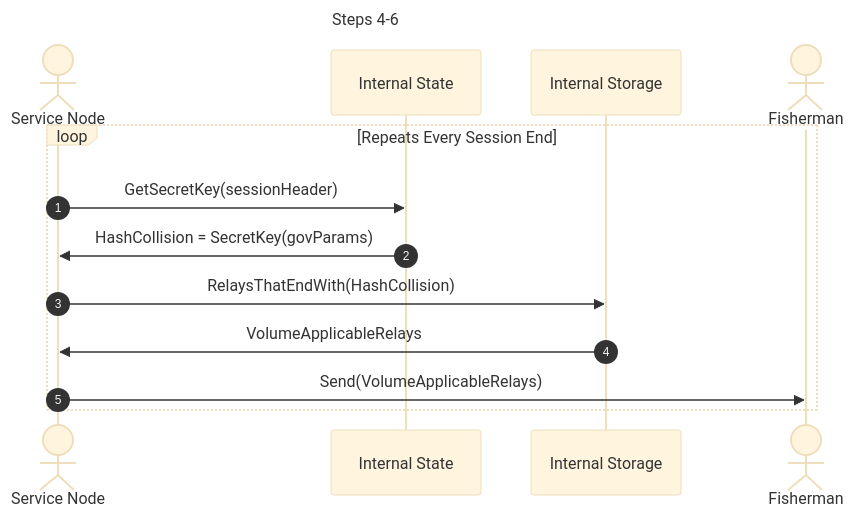
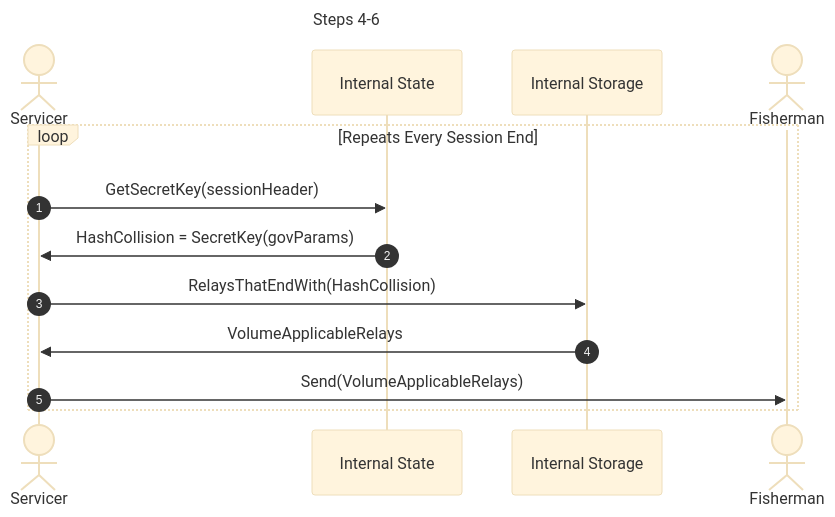
One commit to pokt-network/pocket changed the second of 5 diagrams in utility/doc/PROTOCOL_RELAY.md. Above: the diagram before and after it, drawn with Mermaid (base theme). The commit also changed other lines of this file and 56 other files, not shown here.

````diff
--- a/utility/doc/PROTOCOL_RELAY.md
+++ b/utility/doc/PROTOCOL_RELAY.md
@@ -48,16 +48,16 @@
 ```mermaid
 sequenceDiagram
 	    title Steps 4-6
 	    autonumber
-	    actor Service Node
+	    actor Servicer
         participant Internal State
         participant Internal Storage
         actor Fisherman
 	    loop Repeats Every Session End
-	        Service Node->>Internal State: GetSecretKey(sessionHeader)
-            Internal State->>Service Node: HashCollision = SecretKey(govParams)
-	        Service Node->>Internal Storage: RelaysThatEndWith(HashCollision)
-            Internal Storage->>Service Node: VolumeApplicableRelays
-            Service Node->>Fisherman: Send(VolumeApplicableRelays)
+	        Servicer->>Internal State: GetSecretKey(sessionHeader)
+            Internal State->>Servicer: HashCollision = SecretKey(govParams)
+	        Servicer->>Internal Storage: RelaysThatEndWith(HashCollision)
+            Internal Storage->>Servicer: VolumeApplicableRelays
+            Servicer->>Fisherman: Send(VolumeApplicableRelays)
 	    end
 ```
````
